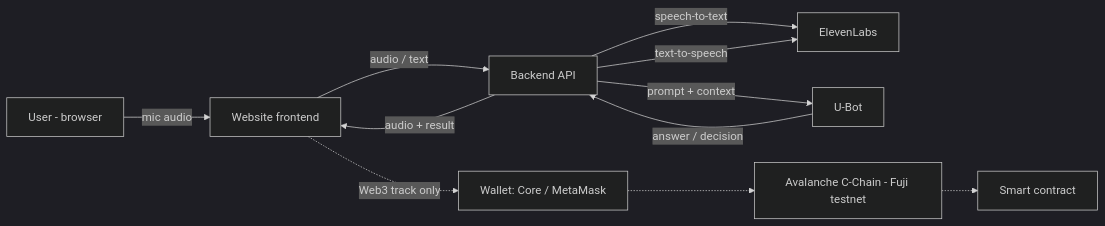
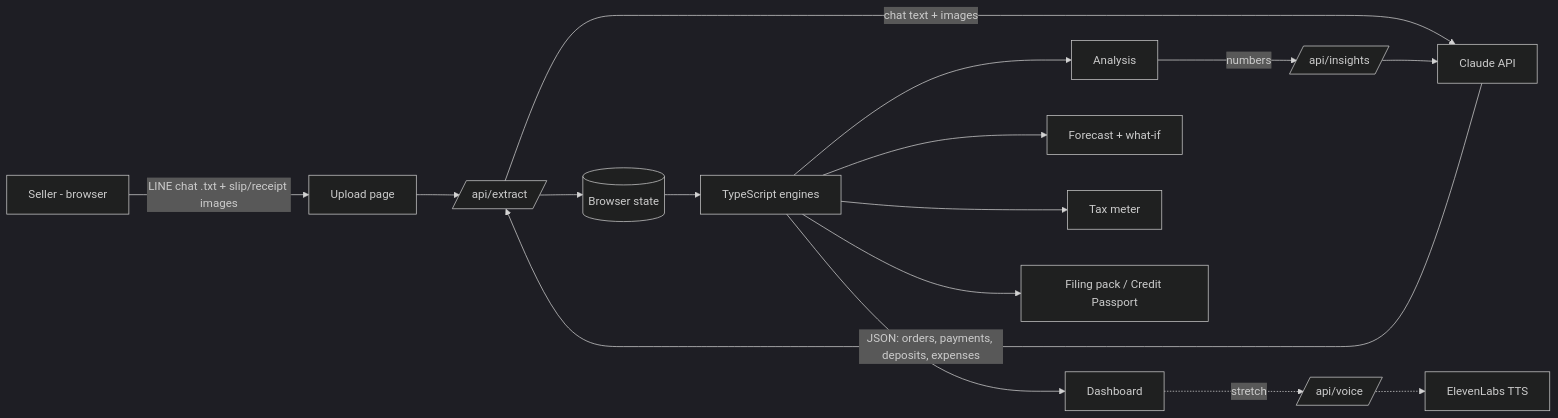
Before and after one commit to Novaritia/FirstJobJab: the diagram in 03-tech/architecture.md, drawn with Mermaid (dark theme). The commit also changed other lines of this file and 12 other files, not shown here.

````diff
--- a/03-tech/architecture.md
+++ b/03-tech/architecture.md
@@ -5,13 +3,18 @@
 ```mermaid
 flowchart LR
-  U[User - browser] -->|mic audio| FE[Website frontend]
-  FE -->|audio / text| BE[Backend API]
-  BE -->|speech-to-text| EL[ElevenLabs]
-  BE -->|prompt + context| UB[U-Bot]
-  UB -->|answer / decision| BE
-  BE -->|text-to-speech| EL
-  BE -->|audio + result| FE
-  FE -.->|Web3 track only| W[Wallet: Core / MetaMask]
-  W -.-> AV[Avalanche C-Chain - Fuji testnet]
-  AV -.-> SC[Smart contract]
+  S[Seller - browser] -->|LINE chat .txt + slip/receipt images| UP[Upload page]
+  UP --> API1[/api/extract/]
+  API1 -->|chat text + images| CL[Claude API]
+  CL -->|JSON: orders, payments, deposits, expenses| API1
+  API1 --> STORE[(Browser state)]
+  STORE --> ENG[TypeScript engines]
+  ENG --> DASH[Dashboard]
+  ENG --> ANA[Analysis]
+  ENG --> FC[Forecast + what-if]
+  ENG --> TAX[Tax meter]
+  ENG --> PACK[Filing pack / Credit Passport]
+  ANA -->|numbers| API2[/api/insights/]
+  API2 --> CL
+  DASH -.stretch.-> API3[/api/voice/]
+  API3 -.-> EL[ElevenLabs TTS]
 ```
````
